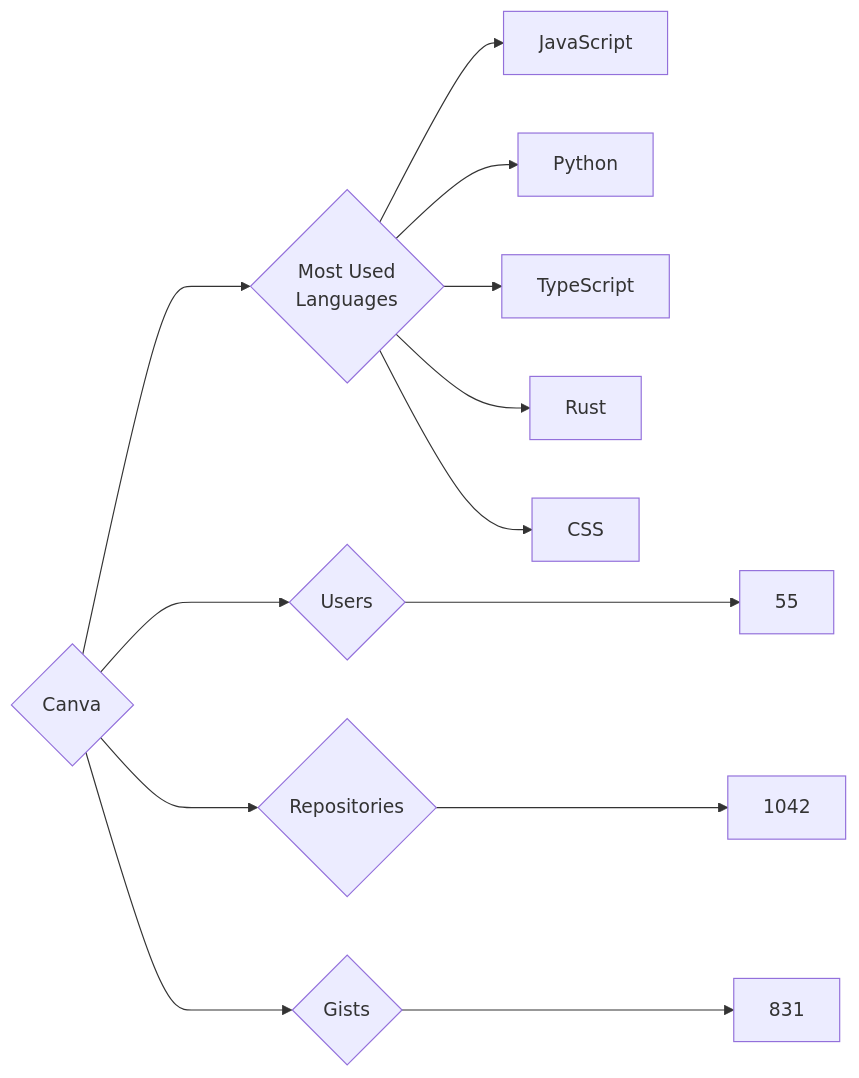
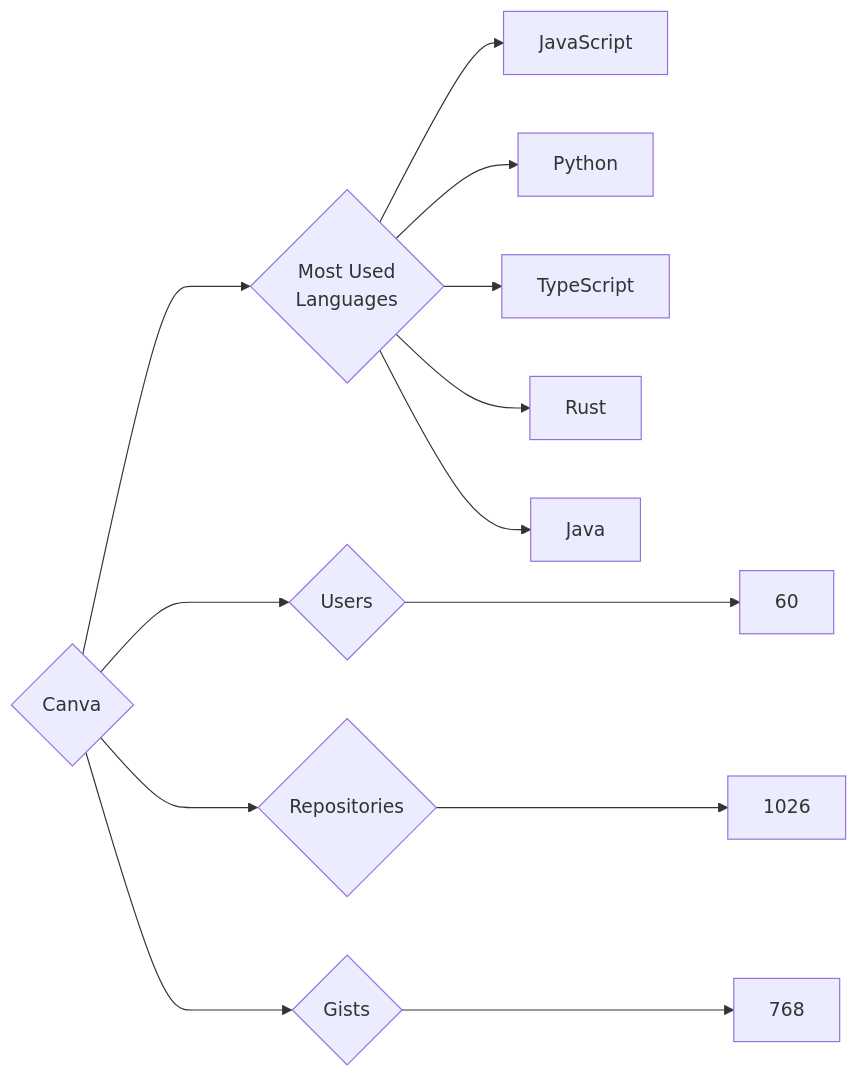
The diagram in targets/Canva/README.md (trickest/insiders), drawn with Mermaid before and after one commit. The commit also changed 750 other files, not shown here.

````diff
--- a/targets/Canva/README.md
+++ b/targets/Canva/README.md
@@ -3,13 +3,13 @@
 ```mermaid
 graph LR
 COMPANY_NAME{Canva}
-COMPANY_NAME ---> U{Users} ---> UN[55]
-COMPANY_NAME ---> R{Repositories} ---> RN[1042]
-COMPANY_NAME ---> G{Gists} ---> GN[831]
+COMPANY_NAME ---> U{Users} ---> UN[60]
+COMPANY_NAME ---> R{Repositories} ---> RN[1026]
+COMPANY_NAME ---> G{Gists} ---> GN[768]
 COMPANY_NAME ---> ML{Most Used<br>Languages}
 ML --> JavaScript[JavaScript]
 ML --> Python[Python]
 ML --> TypeScript[TypeScript]
 ML --> Rust[Rust]
-ML --> CSS[CSS]
+ML --> Java[Java]
 ```
````
